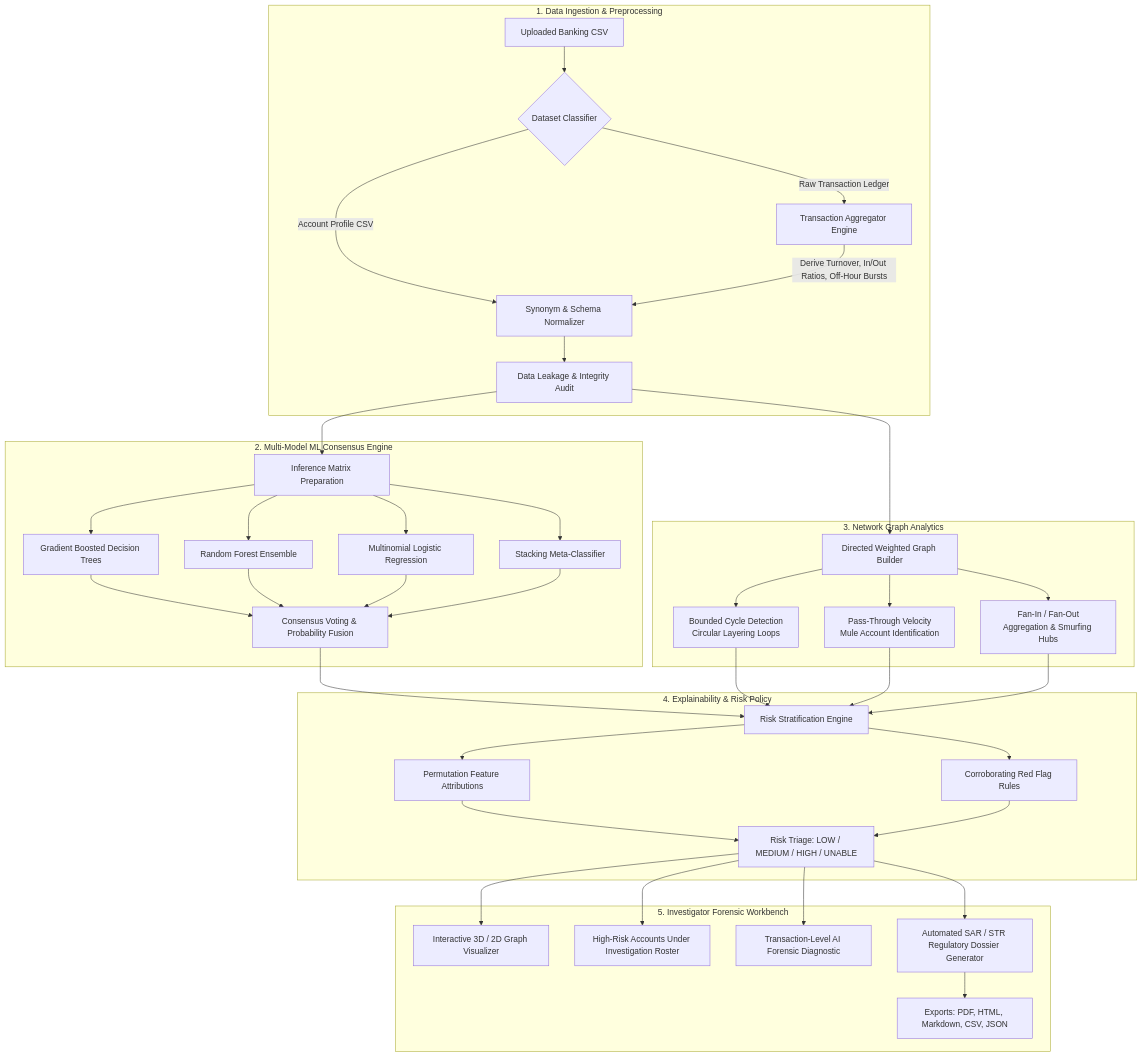
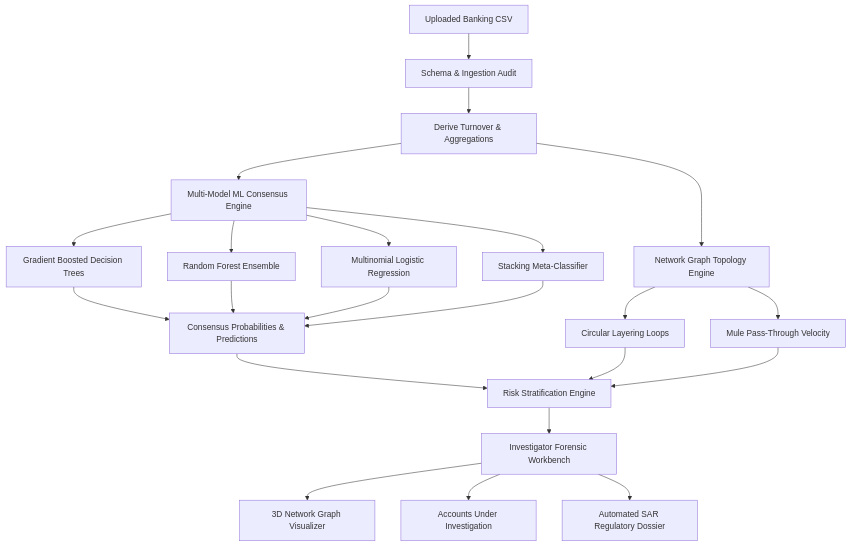
Before and after one commit to Sharuk099/Ai-Based-AML-Detection: the first of 2 diagrams in README.md, drawn with Mermaid. The commit also changed other lines of this file and 1 other file, not shown here.

Commit message:
docs: update system architecture diagram in README
Replace the Mermaid flowchart with a placeholder text block to simplify documentation.

````diff
--- a/README.md
+++ b/README.md
@@ -49,41 +84,24 @@
 ```mermaid
-flowchart TB
-    subgraph INGESTION["1. Data Ingestion & Preprocessing"]
-        A[Uploaded Banking CSV] --> B{Dataset Classifier}
-        B -->|Account Profile CSV| C[Synonym & Schema Normalizer]
-        B -->|Raw Transaction Ledger| D[Transaction Aggregator Engine]
-        D -->|Derive Turnover, In/Out Ratios, Off-Hour Bursts| C
-        C --> E[Data Leakage & Integrity Audit]
-    end
-
-    subgraph ENSEMBLE["2. Multi-Model ML Consensus Engine"]
-        E --> F[Inference Matrix Preparation]
-        F --> G1[Gradient Boosted Decision Trees]
-        F --> G2[Random Forest Ensemble]
-        F --> G3[Multinomial Logistic Regression]
-        F --> G4[Stacking Meta-Classifier]
-        G1 & G2 & G3 & G4 --> H[Consensus Voting & Probability Fusion]
-    end
-
-    subgraph GRAPH["3. Network Graph Analytics"]
-        E --> I[Directed Weighted Graph Builder]
-        I --> J1[Bounded Cycle Detection\nCircular Layering Loops]
-        I --> J2[Pass-Through Velocity\nMule Account Identification]
-        I --> J3[Fan-In / Fan-Out\nAggregation & Smurfing Hubs]
-    end
-
-    subgraph STRATIFICATION["4. Explainability & Risk Policy"]
-        H & J1 & J2 & J3 --> K[Risk Stratification Engine]
-        K --> L1[Permutation Feature Attributions]
-        K --> L2[Corroborating Red Flag Rules]
-        L1 & L2 --> M[Risk Triage: LOW / MEDIUM / HIGH / UNABLE]
-    end
-
-    subgraph WORKBENCH["5. Investigator Forensic Workbench"]
-        M --> N1[Interactive 3D / 2D Graph Visualizer]
-        M --> N2[High-Risk Accounts Under Investigation Roster]
-        M --> N3[Transaction-Level AI Forensic Diagnostic]
-        M --> N4[Automated SAR / STR Regulatory Dossier Generator]
-        N4 --> O[Exports: PDF, HTML, Markdown, CSV, JSON]
-    end
+graph TD
+    A[Uploaded Banking CSV] --> B[Schema & Ingestion Audit]
+    B --> C[Derive Turnover & Aggregations]
+    C --> D[Multi-Model ML Consensus Engine]
+    C --> E[Network Graph Topology Engine]
+    D --> F[Gradient Boosted Decision Trees]
+    D --> G[Random Forest Ensemble]
+    D --> H[Multinomial Logistic Regression]
+    D --> I[Stacking Meta-Classifier]
+    F --> J[Consensus Probabilities & Predictions]
+    G --> J
+    H --> J
+    I --> J
+    E --> K[Circular Layering Loops]
+    E --> L[Mule Pass-Through Velocity]
+    J --> M[Risk Stratification Engine]
+    K --> M
+    L --> M
+    M --> N[Investigator Forensic Workbench]
+    N --> O[3D Network Graph Visualizer]
+    N --> P[Accounts Under Investigation]
+    N --> Q[Automated SAR Regulatory Dossier]
 ```
````
